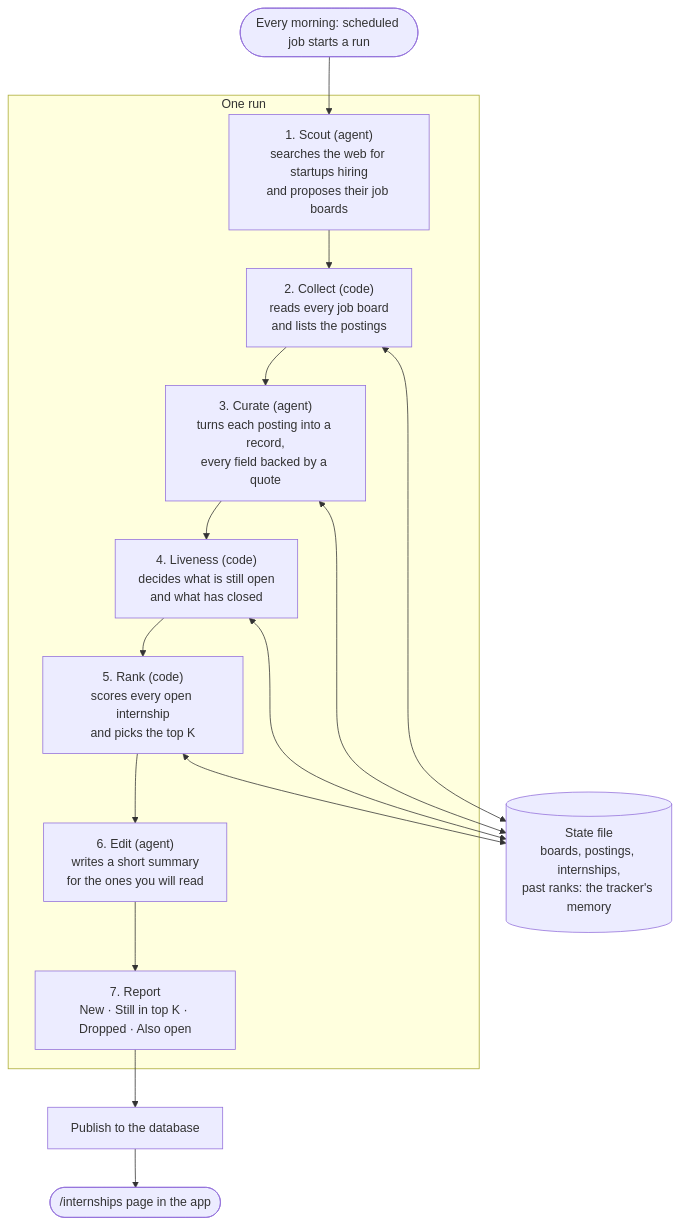
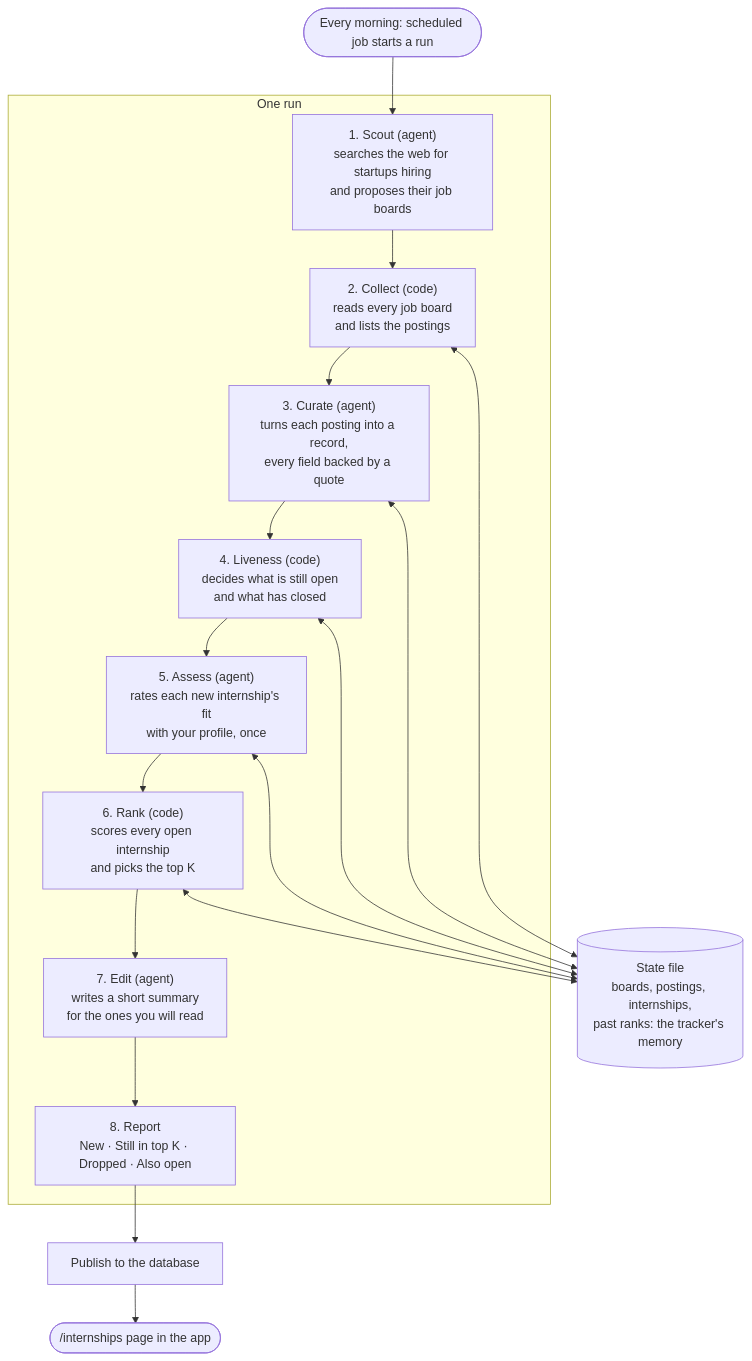
One commit to Kildrese/mobile-systems-assignment changed the first of 2 diagrams in docs/agent-loop.md. Above: the diagram before and after it, drawn with Mermaid. The commit also changed other lines of this file and 33 other files, not shown here.

First line of the commit message:
fit-rating: rate each internship's fit once, rank with it as a minor criterion (#24)

````diff
--- a/docs/agent-loop.md
+++ b/docs/agent-loop.md
@@ -9,20 +9,22 @@
 ```mermaid
 flowchart TD
     cron(["Every morning: scheduled job starts a run"]) --> scout
     subgraph run ["One run"]
         scout["1. Scout (agent)<br/>searches the web for startups hiring<br/>and proposes their job boards"]
         collect["2. Collect (code)<br/>reads every job board<br/>and lists the postings"]
         curate["3. Curate (agent)<br/>turns each posting into a record,<br/>every field backed by a quote"]
         liveness["4. Liveness (code)<br/>decides what is still open<br/>and what has closed"]
-        rank["5. Rank (code)<br/>scores every open internship<br/>and picks the top K"]
-        edit["6. Edit (agent)<br/>writes a short summary<br/>for the ones you will read"]
-        report["7. Report<br/>New · Still in top K · Dropped · Also open"]
-        scout --> collect --> curate --> liveness --> rank --> edit --> report
+        assess["5. Assess (agent)<br/>rates each new internship's fit<br/>with your profile, once"]
+        rank["6. Rank (code)<br/>scores every open internship<br/>and picks the top K"]
+        edit["7. Edit (agent)<br/>writes a short summary<br/>for the ones you will read"]
+        report["8. Report<br/>New · Still in top K · Dropped · Also open"]
+        scout --> collect --> curate --> liveness --> assess --> rank --> edit --> report
     end
     memory[("State file<br/>boards, postings, internships,<br/>past ranks: the tracker's memory")]
     collect <--> memory
     curate <--> memory
     liveness <--> memory
+    assess <--> memory
     rank <--> memory
     report --> publish["Publish to the database"] --> app(["/internships page in the app"])
 ```
````
